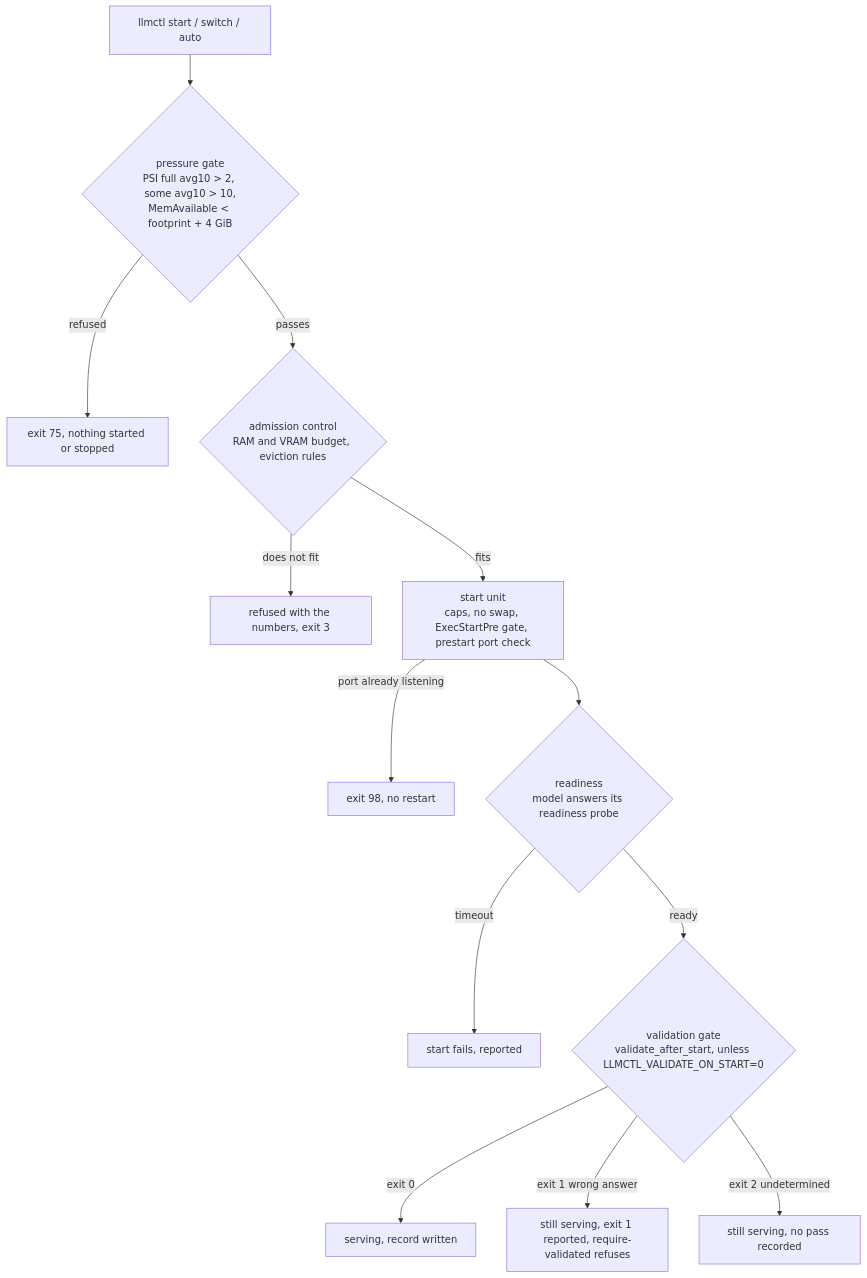
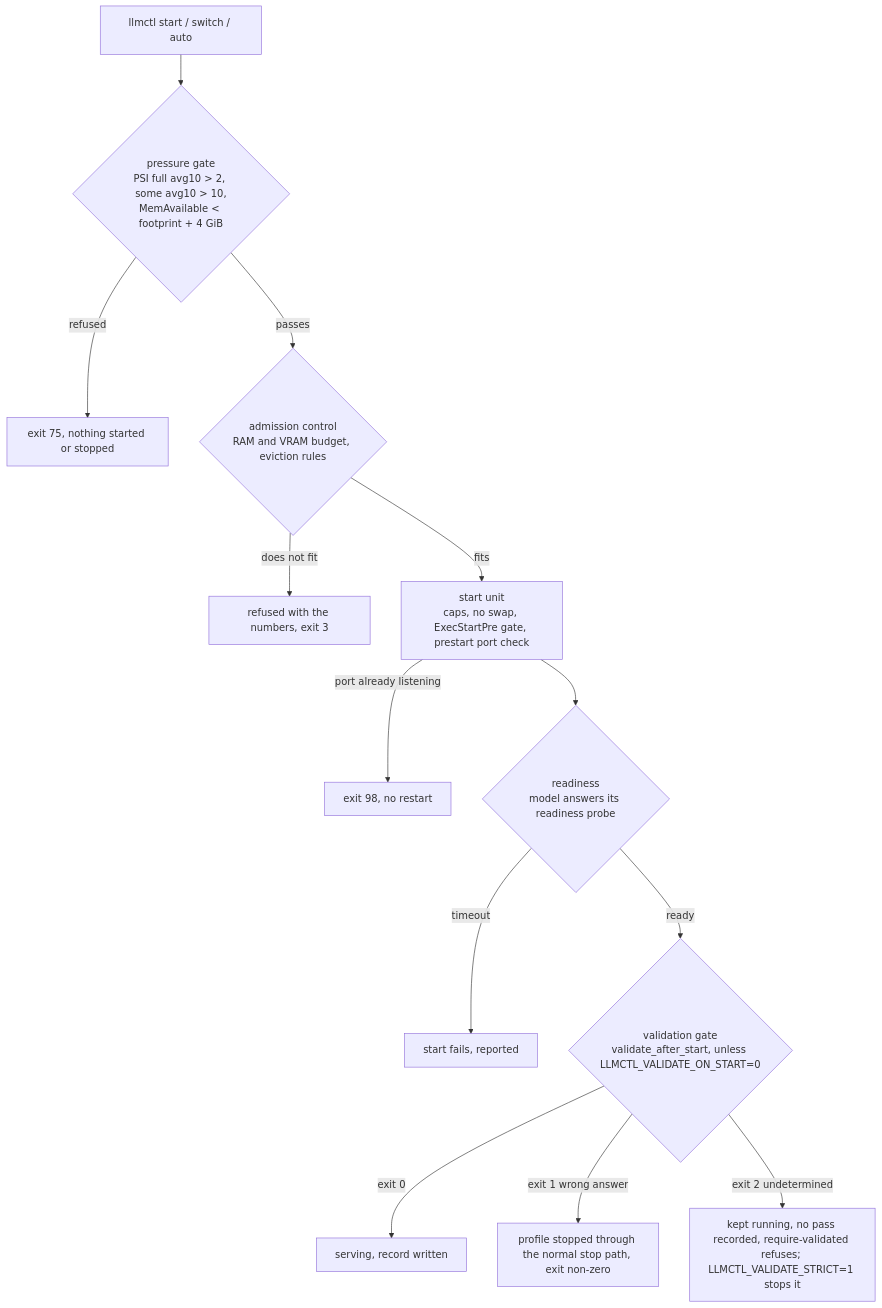
Before and after one commit to vasic-digital/llmctl: the tenth of 12 diagrams in docs/architecture.md, drawn with Mermaid. The commit also changed other lines of this file and 8 other files, not shown here.

````diff
--- a/docs/architecture.md
+++ b/docs/architecture.md
@@ -332,15 +332,15 @@
 ```mermaid
 flowchart TD
     A[llmctl start / switch / auto] --> G{pressure gate<br/>PSI full avg10 > 2, some avg10 > 10,<br/>MemAvailable < footprint + 4 GiB}
     G -- refused --> R75[exit 75, nothing started or stopped]
     G -- passes --> AD{admission control<br/>RAM and VRAM budget, eviction rules}
     AD -- does not fit --> R3[refused with the numbers, exit 3]
     AD -- fits --> ST[start unit<br/>caps, no swap, ExecStartPre gate, prestart port check]
     ST -- port already listening --> R98[exit 98, no restart]
     ST --> RD{readiness<br/>model answers its readiness probe}
     RD -- timeout --> RF[start fails, reported]
     RD -- ready --> V{validation gate<br/>validate_after_start, unless LLMCTL_VALIDATE_ON_START=0}
     V -- exit 0 --> OK[serving, record written]
-    V -- exit 1 wrong answer --> BAD[still serving, exit 1 reported, require-validated refuses]
-    V -- exit 2 undetermined --> UND[still serving, no pass recorded]
+    V -- exit 1 wrong answer --> BAD[profile stopped through the normal stop path, exit non-zero]
+    V -- exit 2 undetermined --> UND[kept running, no pass recorded, require-validated refuses; LLMCTL_VALIDATE_STRICT=1 stops it]
 ```
````
